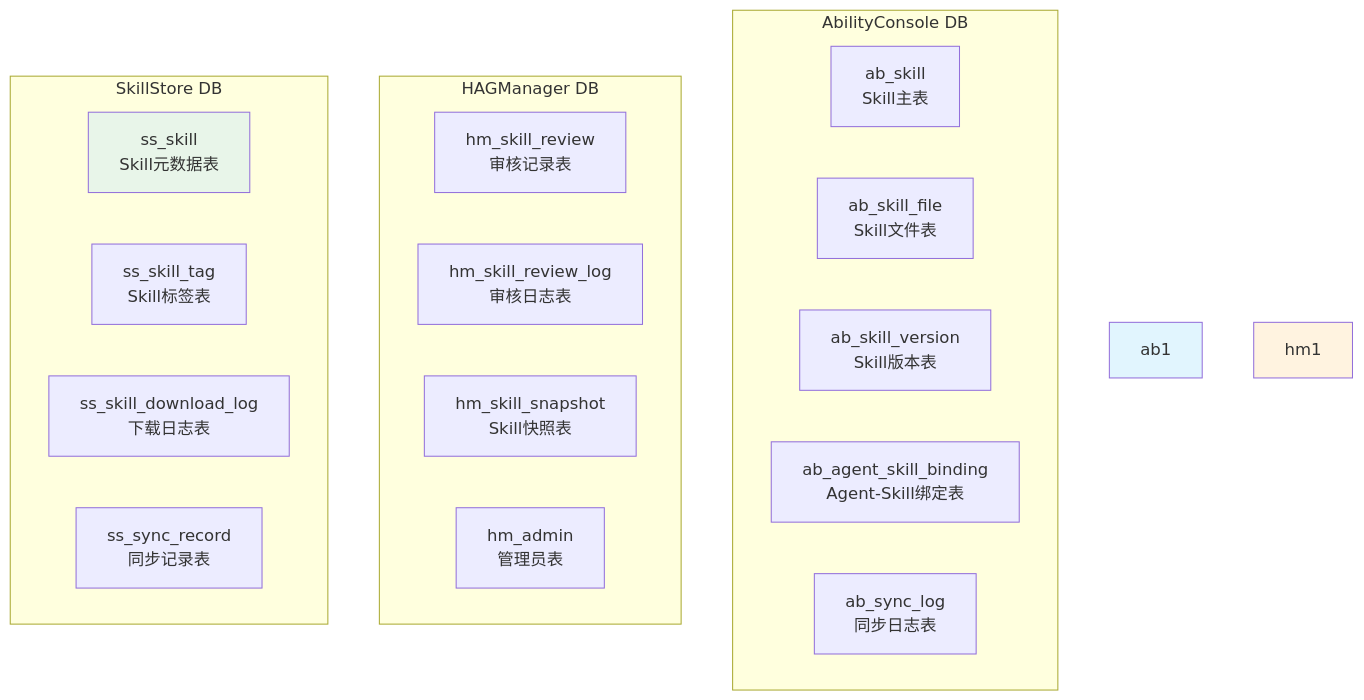
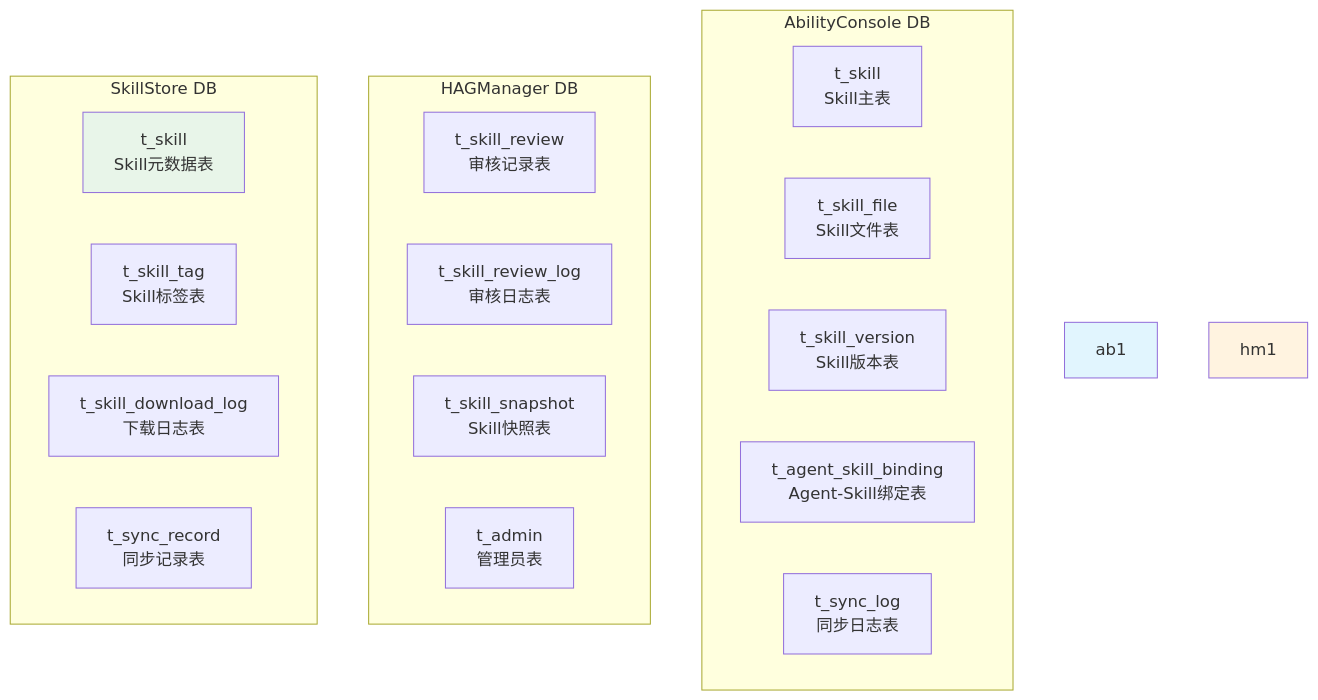
Diagram 17 of 33 in architecture-design.md (jinyule/xiaoyi-skill-mgmt), drawn with Mermaid before and after one commit. The commit also changed other lines of this file and 2 other files, not shown here.

````diff
--- a/architecture-design.md
+++ b/architecture-design.md
@@ -499,28 +499,28 @@
 ```mermaid
 graph TB
     subgraph "AbilityConsole DB"
-        AC1[ab_skill<br/>Skill主表]
-        AC2[ab_skill_file<br/>Skill文件表]
-        AC3[ab_skill_version<br/>Skill版本表]
-        AC4[ab_agent_skill_binding<br/>Agent-Skill绑定表]
-        AC5[ab_sync_log<br/>同步日志表]
+        AC1[t_skill<br/>Skill主表]
+        AC2[t_skill_file<br/>Skill文件表]
+        AC3[t_skill_version<br/>Skill版本表]
+        AC4[t_agent_skill_binding<br/>Agent-Skill绑定表]
+        AC5[t_sync_log<br/>同步日志表]
     end
 
     subgraph "HAGManager DB"
-        AM1[hm_skill_review<br/>审核记录表]
-        AM2[hm_skill_review_log<br/>审核日志表]
-        AM3[hm_skill_snapshot<br/>Skill快照表]
-        AM4[hm_admin<br/>管理员表]
+        AM1[t_skill_review<br/>审核记录表]
+        AM2[t_skill_review_log<br/>审核日志表]
+        AM3[t_skill_snapshot<br/>Skill快照表]
+        AM4[t_admin<br/>管理员表]
     end
 
     subgraph "SkillStore DB"
-        SS1[ss_skill<br/>Skill元数据表]
-        SS2[ss_skill_tag<br/>Skill标签表]
-        SS3[ss_skill_download_log<br/>下载日志表]
-        SS4[ss_sync_record<br/>同步记录表]
+        SS1[t_skill<br/>Skill元数据表]
+        SS2[t_skill_tag<br/>Skill标签表]
+        SS3[t_skill_download_log<br/>下载日志表]
+        SS4[t_sync_record<br/>同步记录表]
     end
 
     style ab1 fill:#e1f5fe
     style hm1 fill:#fff3e0
     style SS1 fill:#e8f5e9
 ```
````
